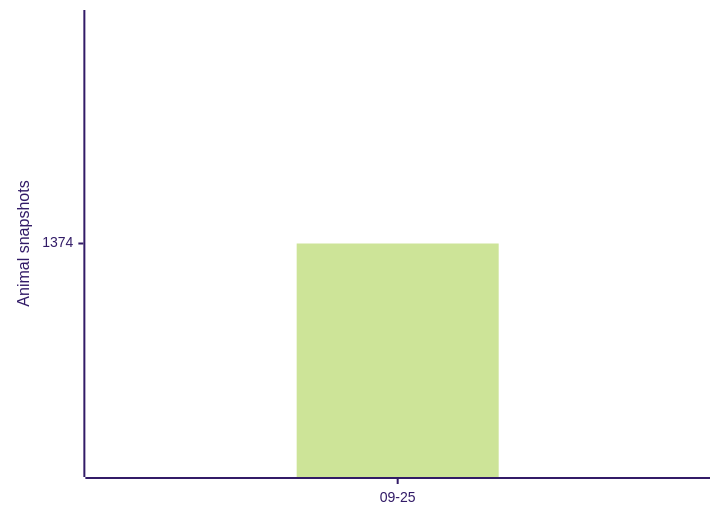
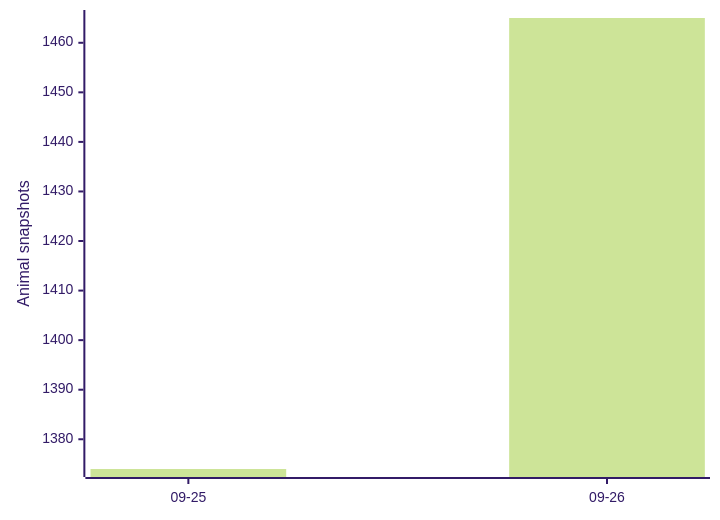
Before and after one commit to joshuafrommeyer-35/PierTracker: the first of 4 diagrams in README.md, drawn with Mermaid (forest theme). The commit also changed other lines of this file and 7 other files, not shown here.

````diff
--- a/README.md
+++ b/README.md
@@ -97,6 +107,6 @@
 ```mermaid
 xychart-beta
-    x-axis ["09-25"]
+    x-axis ["09-25", "09-26"]
     y-axis "Animal snapshots"
-    bar [1374]
+    bar [1374, 1465]
 ```
````
